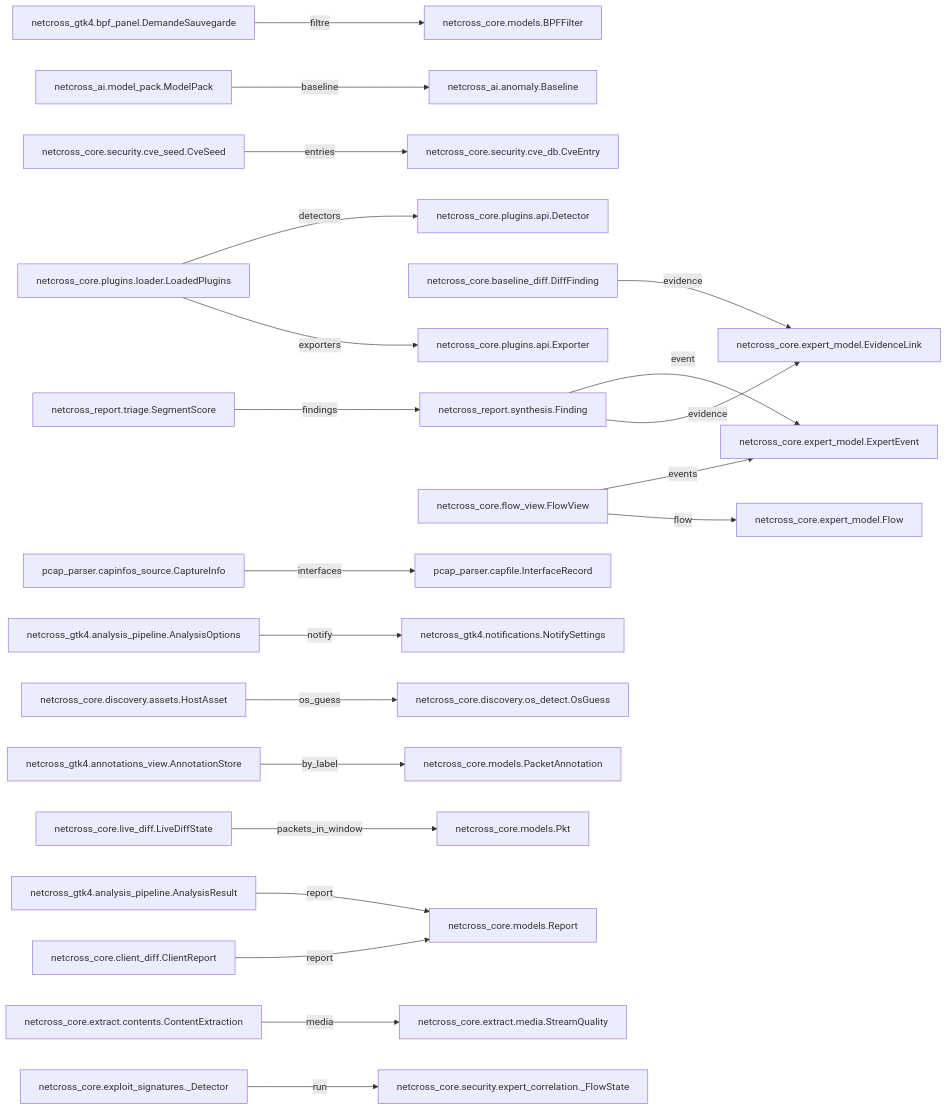
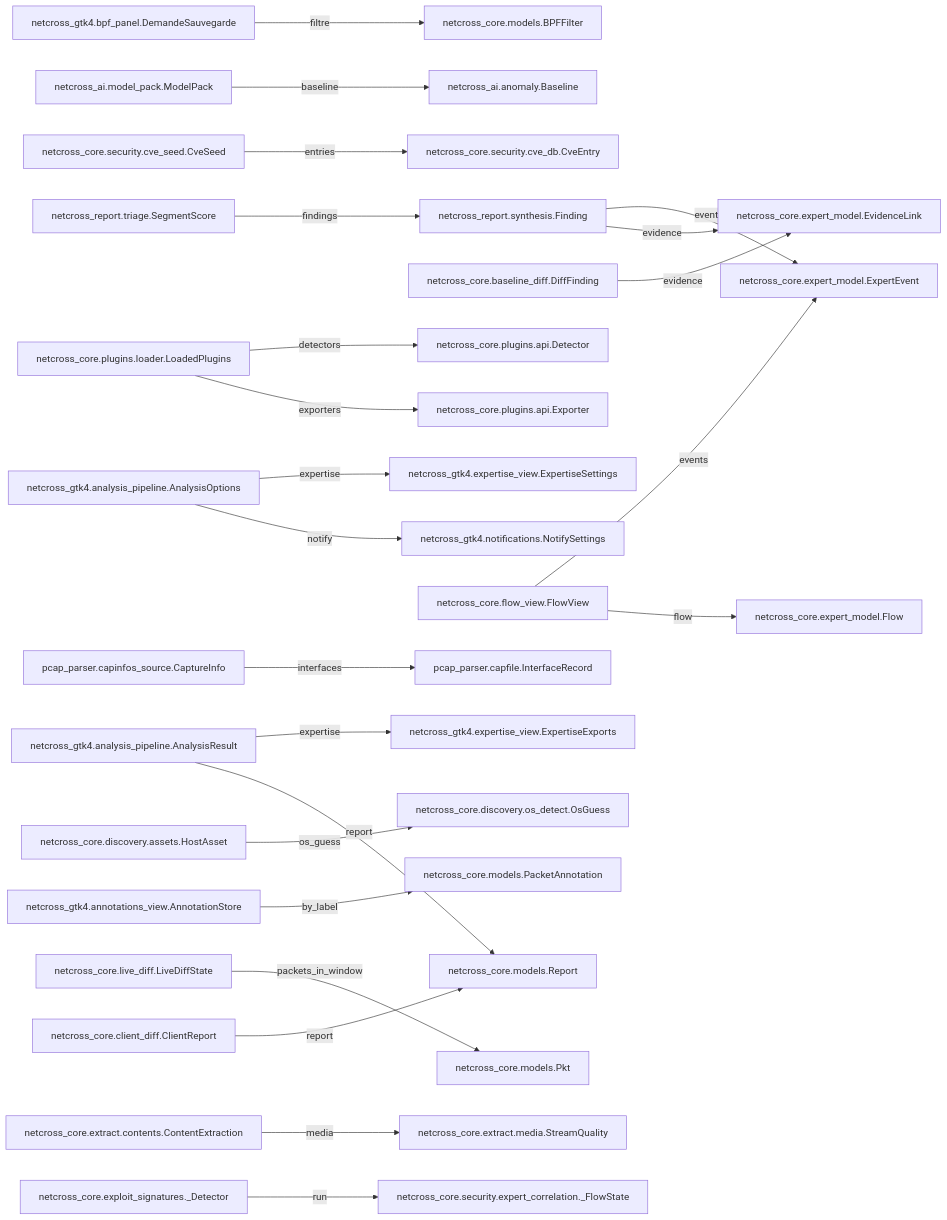
Before and after one commit to Mathide-Team/Netcross: the second of 19 diagrams in docs/class-diagram.md, drawn with Mermaid. The commit also changed other lines of this file and 14 other files, not shown here.

````diff
--- a/docs/class-diagram.md
+++ b/docs/class-diagram.md
@@ -57,56 +57,60 @@
 ```mermaid
 flowchart LR
     AnalysisOptions["netcross_gtk4.analysis_pipeline.AnalysisOptions"]
     AnalysisResult["netcross_gtk4.analysis_pipeline.AnalysisResult"]
     AnnotationStore["netcross_gtk4.annotations_view.AnnotationStore"]
     BPFFilter["netcross_core.models.BPFFilter"]
     Baseline["netcross_ai.anomaly.Baseline"]
     CaptureInfo["pcap_parser.capinfos_source.CaptureInfo"]
     ClientReport["netcross_core.client_diff.ClientReport"]
     ContentExtraction["netcross_core.extract.contents.ContentExtraction"]
     CveEntry["netcross_core.security.cve_db.CveEntry"]
     CveSeed["netcross_core.security.cve_seed.CveSeed"]
     DemandeSauvegarde["netcross_gtk4.bpf_panel.DemandeSauvegarde"]
     Detector["netcross_core.plugins.api.Detector"]
     DiffFinding["netcross_core.baseline_diff.DiffFinding"]
     EvidenceLink["netcross_core.expert_model.EvidenceLink"]
     ExpertEvent["netcross_core.expert_model.ExpertEvent"]
+    ExpertiseExports["netcross_gtk4.expertise_view.ExpertiseExports"]
+    ExpertiseSettings["netcross_gtk4.expertise_view.ExpertiseSettings"]
     Exporter["netcross_core.plugins.api.Exporter"]
     Finding["netcross_report.synthesis.Finding"]
     FlowView["netcross_core.flow_view.FlowView"]
     Flow["netcross_core.expert_model.Flow"]
     HostAsset["netcross_core.discovery.assets.HostAsset"]
     InterfaceRecord["pcap_parser.capfile.InterfaceRecord"]
     LiveDiffState["netcross_core.live_diff.LiveDiffState"]
     LoadedPlugins["netcross_core.plugins.loader.LoadedPlugins"]
     ModelPack["netcross_ai.model_pack.ModelPack"]
     NotifySettings["netcross_gtk4.notifications.NotifySettings"]
     OsGuess["netcross_core.discovery.os_detect.OsGuess"]
     PacketAnnotation["netcross_core.models.PacketAnnotation"]
     Pkt["netcross_core.models.Pkt"]
     Report["netcross_core.models.Report"]
     SegmentScore["netcross_report.triage.SegmentScore"]
     StreamQuality["netcross_core.extract.media.StreamQuality"]
     _Detector["netcross_core.exploit_signatures._Detector"]
     netcross_core_security_expert_correlation__FlowState["netcross_core.security.expert_correlation._FlowState"]
+    AnalysisOptions -->|expertise| ExpertiseSettings
     AnalysisOptions -->|notify| NotifySettings
+    AnalysisResult -->|expertise| ExpertiseExports
     AnalysisResult -->|report| Report
     AnnotationStore -->|by_label| PacketAnnotation
     CaptureInfo -->|interfaces| InterfaceRecord
     ClientReport -->|report| Report
     ContentExtraction -->|media| StreamQuality
     CveSeed -->|entries| CveEntry
     DemandeSauvegarde -->|filtre| BPFFilter
     DiffFinding -->|evidence| EvidenceLink
     Finding -->|event| ExpertEvent
     Finding -->|evidence| EvidenceLink
     FlowView -->|events| ExpertEvent
     FlowView -->|flow| Flow
     HostAsset -->|os_guess| OsGuess
     LiveDiffState -->|packets_in_window| Pkt
     LoadedPlugins -->|detectors| Detector
     LoadedPlugins -->|exporters| Exporter
     ModelPack -->|baseline| Baseline
     SegmentScore -->|findings| Finding
     _Detector -->|run| netcross_core_security_expert_correlation__FlowState
 ```
````
